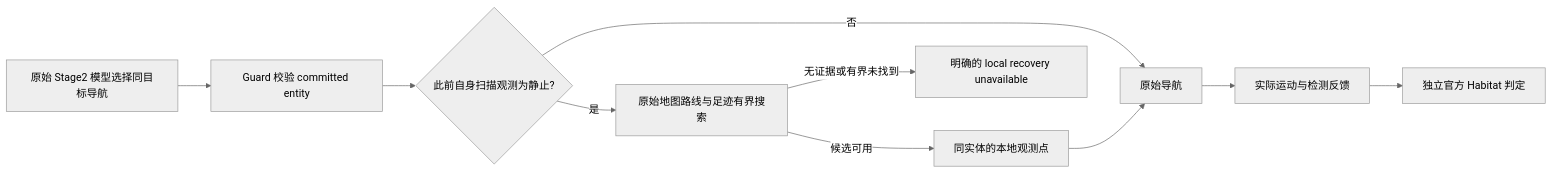
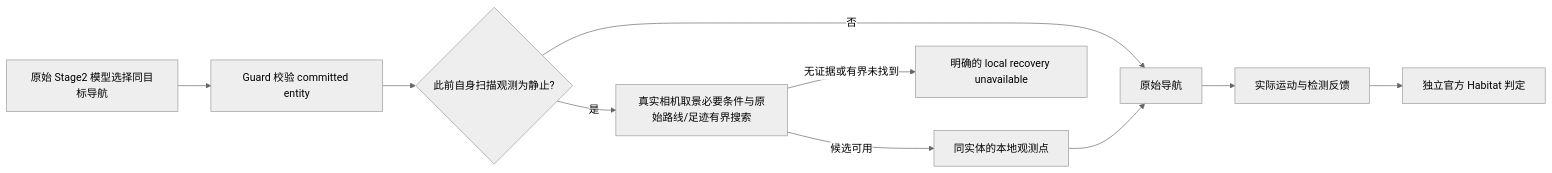
One commit to Farewell-CK/RoboGuide changed the diagram in docs/extensions/bounded-observation-and-evidence-closure.md. Above: the diagram before and after it, drawn with Mermaid (neutral theme). The commit also changed other lines of this file and 20 other files, not shown here.

````diff
--- a/docs/extensions/bounded-observation-and-evidence-closure.md
+++ b/docs/extensions/bounded-observation-and-evidence-closure.md
@@ -107,12 +139,12 @@
 ```mermaid
 flowchart LR
   M[原始 Stage2 模型选择同目标导航] --> G[Guard 校验 committed entity]
   G --> F{此前自身扫描观测为静止?}
   F -- 否 --> N[原始导航]
-  F -- 是 --> S[原始地图路线与足迹有界搜索]
+  F -- 是 --> S[真实相机取景必要条件与原始路线/足迹有界搜索]
   S -- 候选可用 --> P[同实体的本地观测点]
   S -- 无证据或有界未找到 --> U[明确的 local recovery unavailable]
   P --> N
   N --> O[实际运动与检测反馈]
   O --> H[独立官方 Habitat 判定]
 ```
````
